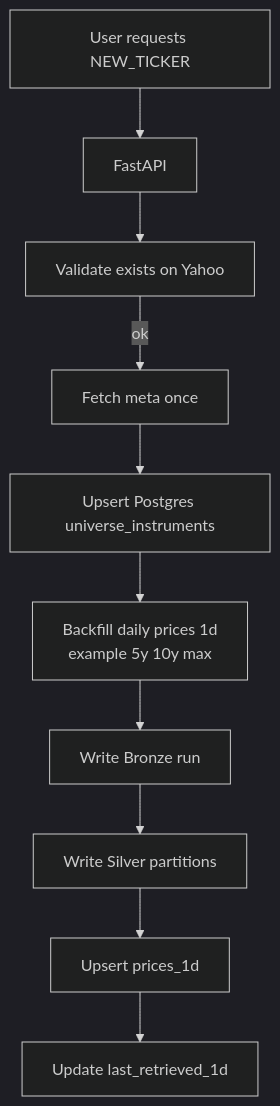
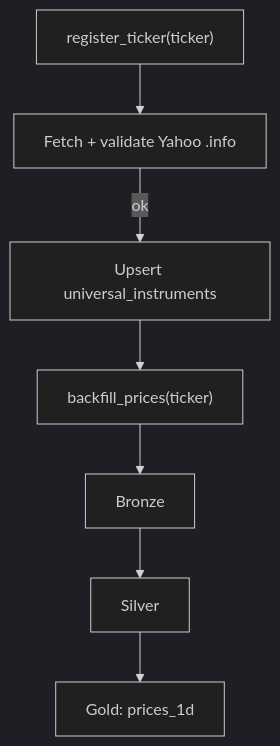
Before and after one commit to YanisOuld/finance_data_platform: the second of 3 diagrams in docs/dataflow/structure.md, drawn with Mermaid (dark theme). The commit also changed other lines of this file and 15 other files, not shown here.

````diff
--- a/docs/dataflow/structure.md
+++ b/docs/dataflow/structure.md
@@ -121,12 +23,7 @@
 ```mermaid
 flowchart TB
-  U[User requests NEW_TICKER] --> API[FastAPI]
-  API --> V[Validate exists on Yahoo]
-  V -->|ok| M[Fetch meta once]
-  M --> UI[Upsert Postgres universe_instruments]
-  UI --> BF[Backfill daily prices 1d<br/>example 5y 10y max]
-  BF --> BR[Write Bronze run]
-  BR --> SV[Write Silver partitions]
-  SV --> PG[Upsert prices_1d]
-  PG --> WM[Update last_retrieved_1d]
+  U["register_ticker(ticker)"] --> V[Fetch + validate Yahoo .info]
+  V -->|ok| M[Upsert universal_instruments]
+  M --> BF["backfill_prices(ticker)"]
+  BF --> B[Bronze] --> S[Silver] --> P[Gold: prices_1d]
 ```
````
